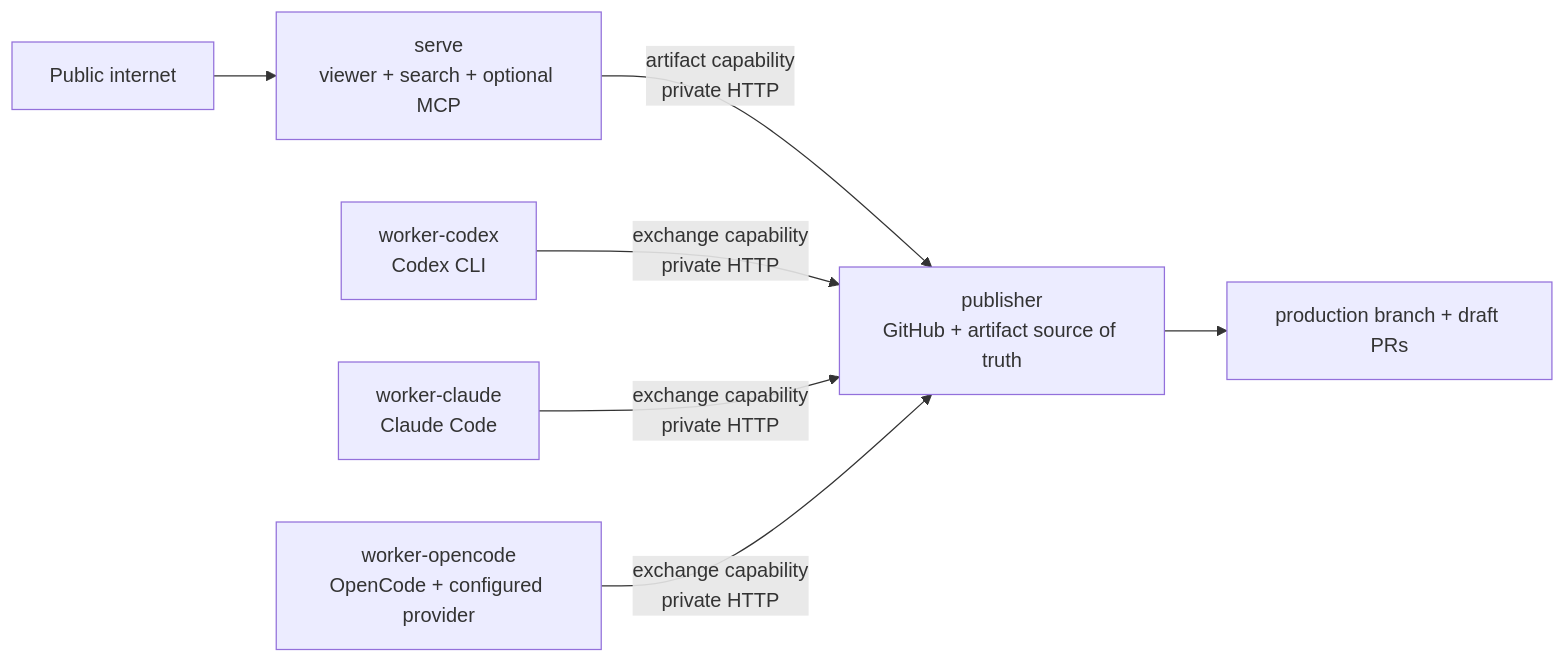
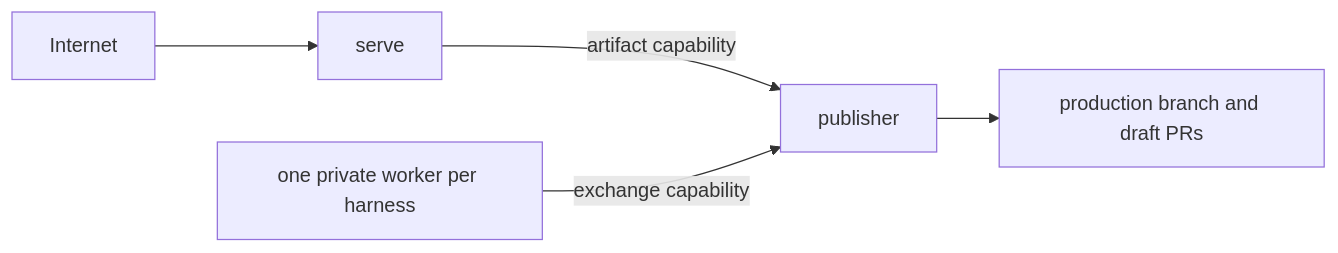
Before and after one commit to openknowledge-sh/openknowledge: the diagram in Wiki/features/commands/deploy.md, drawn with Mermaid. The commit also changed other lines of this file and 53 other files, not shown here.

````diff
--- a/Wiki/features/commands/deploy.md
+++ b/Wiki/features/commands/deploy.md
@@ -78,9 +58,7 @@
 ```mermaid
 flowchart LR
-  Internet["Public internet"] --> Serve["serve<br/>viewer + search + optional MCP"]
-  Serve -->|"artifact capability<br/>private HTTP"| Publisher["publisher<br/>GitHub + artifact source of truth"]
-  Codex["worker-codex<br/>Codex CLI"] -->|"exchange capability<br/>private HTTP"| Publisher
-  Claude["worker-claude<br/>Claude Code"] -->|"exchange capability<br/>private HTTP"| Publisher
-  OpenCode["worker-opencode<br/>OpenCode + configured provider"] -->|"exchange capability<br/>private HTTP"| Publisher
-  Publisher --> GitHub["production branch + draft PRs"]
+  Internet["Internet"] --> Serve["serve"]
+  Serve -->|"artifact capability"| Publisher["publisher"]
+  Workers["one private worker per harness"] -->|"exchange capability"| Publisher
+  Publisher --> GitHub["production branch and draft PRs"]
 ```
````
